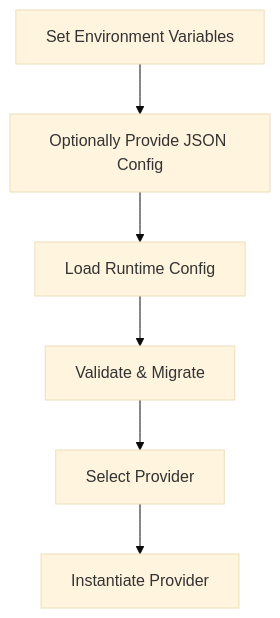
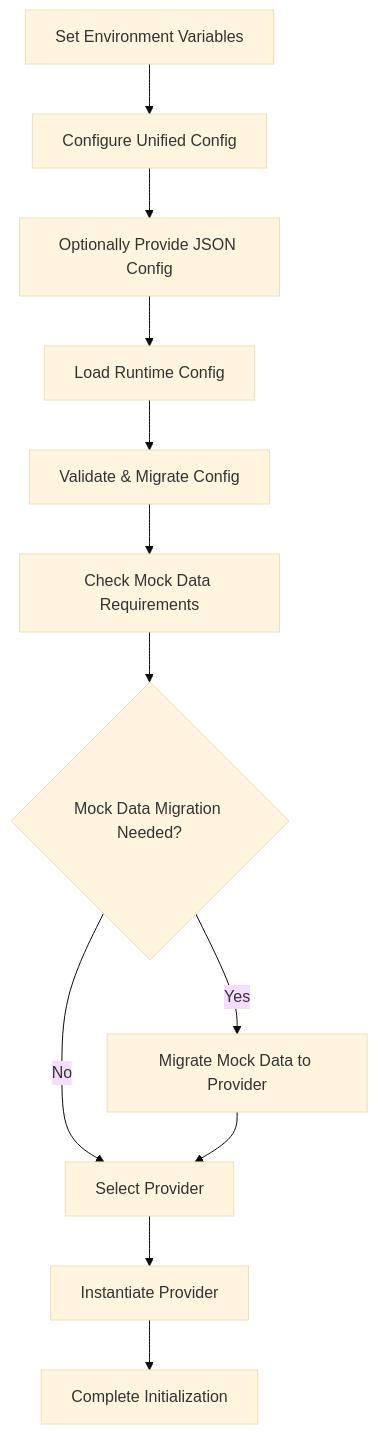
The fifth of 6 diagrams in .qoder/repowiki/en/content/Data Layer/Database Providers/Database Providers.md (geniusdynamics/schoolpilot), drawn with Mermaid (base theme) before and after one commit. The commit also changed other lines of this file and 54 other files, not shown here.

First line of the commit message:
Comprehensive update: RBAC enhancements, data migration cleanup, UI components, and documentation refresh

````diff
--- a/.qoder/repowiki/en/content/Data Layer/Database Providers/Database Providers.md
+++ b/.qoder/repowiki/en/content/Data Layer/Database Providers/Database Providers.md
@@ -239,8 +296,14 @@
 ```mermaid
 flowchart TD
-A["Set Environment Variables"] --> B["Optionally Provide JSON Config"]
-B --> C["Load Runtime Config"]
-C --> D["Validate & Migrate"]
-D --> E["Select Provider"]
-E --> F["Instantiate Provider"]
+A["Set Environment Variables"] --> B["Configure Unified Config"]
+B --> C["Optionally Provide JSON Config"]
+C --> D["Load Runtime Config"]
+D --> E["Validate & Migrate Config"]
+E --> F["Check Mock Data Requirements"]
+F --> G{"Mock Data Migration Needed?"}
+G --> |Yes| H["Migrate Mock Data to Provider"]
+G --> |No| I["Select Provider"]
+H --> I
+I --> J["Instantiate Provider"]
+J --> K["Complete Initialization"]
 ```
````
